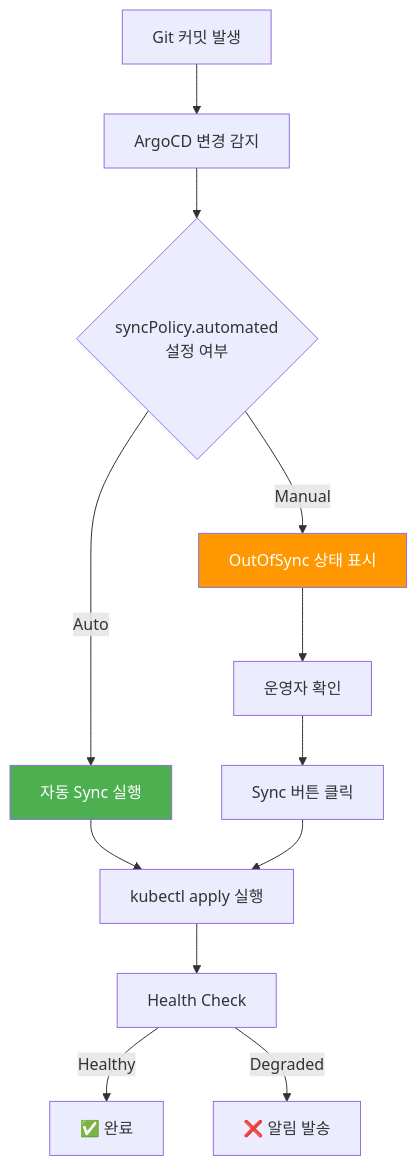
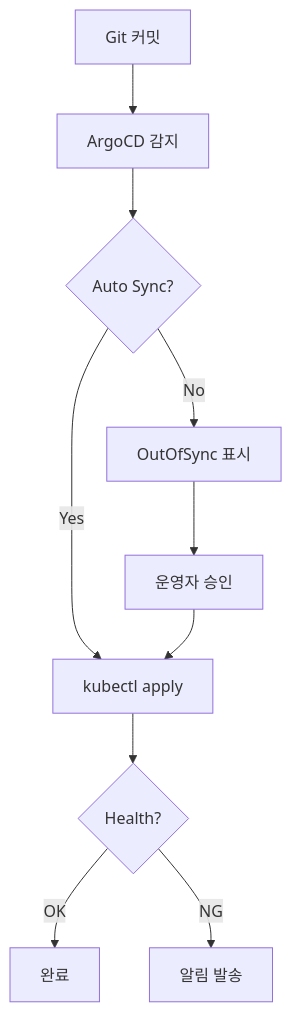
One commit to yjkim2015/yjkim2015.github.io changed the fourth of 7 diagrams in _posts/cicd/2026-05-03-gitops-argocd.md. Above: the diagram before and after it, drawn with Mermaid. The commit also changed other lines of this file and 215 other files, not shown here.

First line of the commit message:
신규 포스트 10개 추가 + Mermaid 전면 축소 + SystemDesign 시리즈 보강

````diff
--- a/_posts/cicd/2026-05-03-gitops-argocd.md
+++ b/_posts/cicd/2026-05-03-gitops-argocd.md
@@ -187,19 +168,12 @@
 ```mermaid
 flowchart TD
-    COMMIT["Git 커밋 발생"] --> DETECT["ArgoCD 변경 감지"]
-    DETECT --> CHECK{"syncPolicy.automated<br/>설정 여부"}
-
-    CHECK -->|"Auto"| AUTO["자동 Sync 실행"]
-    AUTO --> APPLY["kubectl apply 실행"]
-    APPLY --> HEALTH["Health Check"]
-    HEALTH -->|"Healthy"| DONE["✅ 완료"]
-    HEALTH -->|"Degraded"| ROLLBACK["❌ 알림 발송"]
-
-    CHECK -->|"Manual"| WAIT["OutOfSync 상태 표시"]
-    WAIT --> REVIEW["운영자 확인"]
-    REVIEW --> APPROVE["Sync 버튼 클릭"]
+    COMMIT["Git 커밋"] --> DETECT["ArgoCD 감지"]
+    DETECT --> CHECK{"Auto Sync?"}
+    CHECK -->|"Yes"| APPLY["kubectl apply"]
+    CHECK -->|"No"| WAIT["OutOfSync 표시"]
+    WAIT --> APPROVE["운영자 승인"]
     APPROVE --> APPLY
-
-    style AUTO fill:#4CAF50,color:#fff
-    style WAIT fill:#FF9800,color:#fff
+    APPLY --> HEALTH{"Health?"}
+    HEALTH -->|"OK"| DONE["완료"]
+    HEALTH -->|"NG"| ALERT["알림 발송"]
 ```
````
